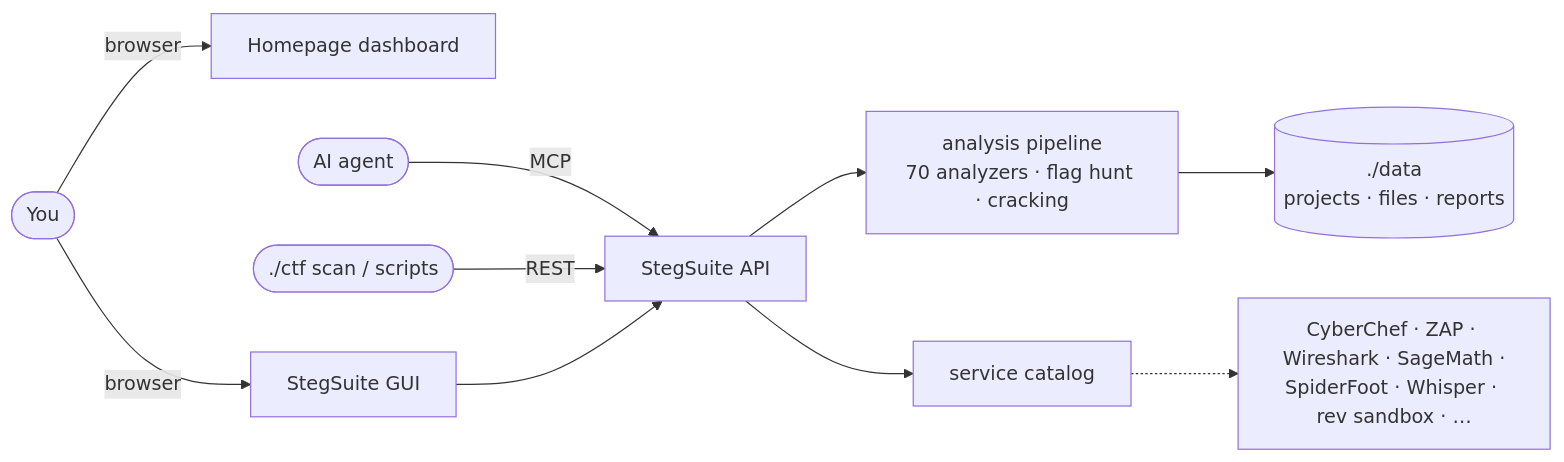
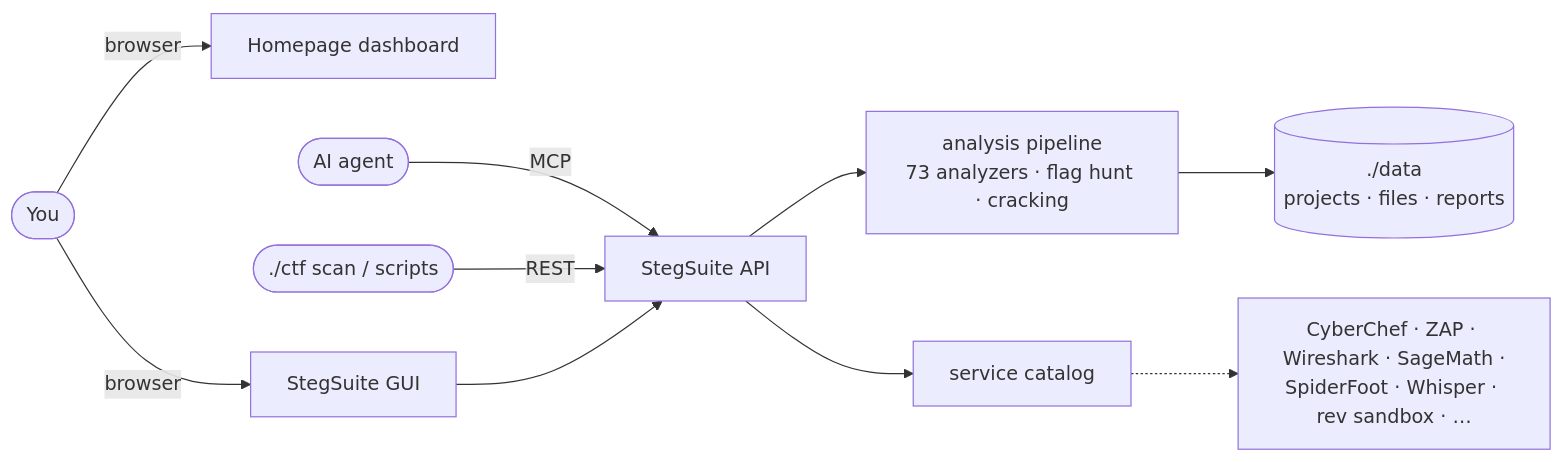
One commit to dexRand/ctf-docker changed the diagram in README.md. Above: the diagram before and after it, drawn with Mermaid. The commit also changed other lines of this file and 10 other files, not shown here.

````diff
--- a/README.md
+++ b/README.md
@@ -87,12 +87,12 @@
 ```mermaid
 flowchart LR
   you([You]) -->|browser| dash[Homepage dashboard]
   you -->|browser| ss[StegSuite GUI]
   agent([AI agent]) -->|MCP| api
   cli([./ctf scan / scripts]) -->|REST| api
   ss --> api[StegSuite API]
-  api --> pipe[analysis pipeline<br/>70 analyzers · flag hunt · cracking]
+  api --> pipe[analysis pipeline<br/>73 analyzers · flag hunt · cracking]
   pipe --> data[(./data<br/>projects · files · reports)]
   api --> svc[service catalog]
   svc -.-> tools[CyberChef · ZAP · Wireshark · SageMath ·<br/>SpiderFoot · Whisper · rev sandbox · …]
 ```
````
